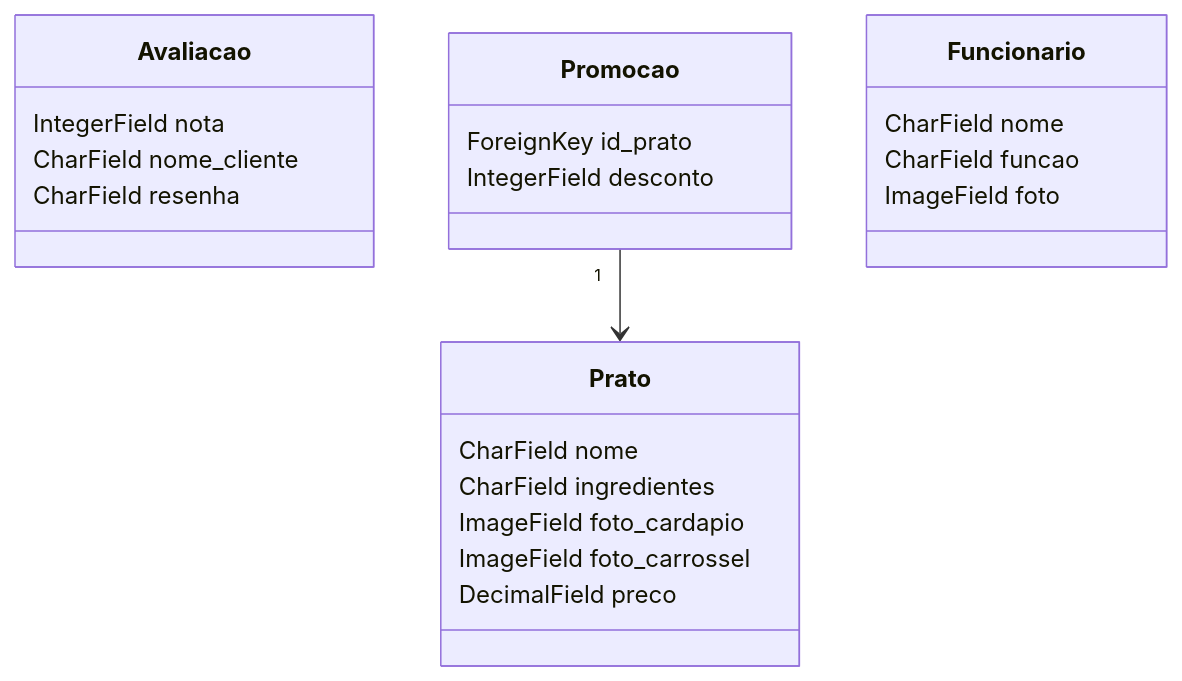
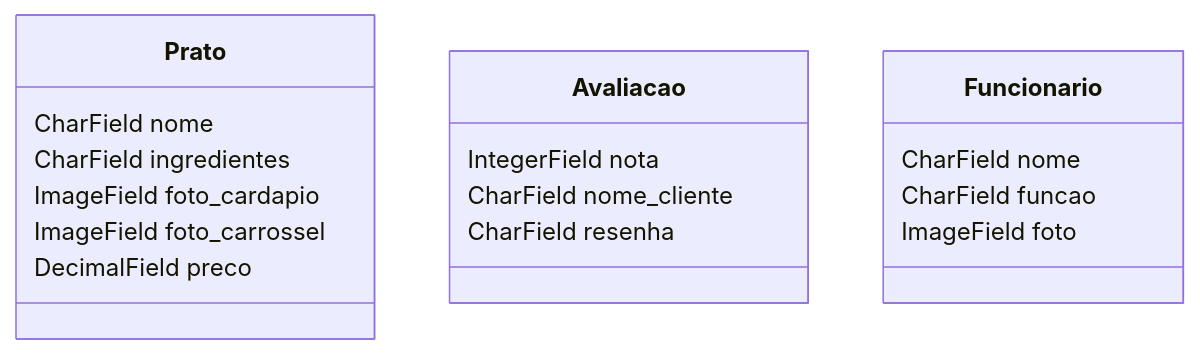
The diagram in diagramas/diagramas.mmd (fabriciomj/desafio-squad4-back), drawn with Mermaid before and after one commit.

Commit message:
Remove o diagrama de Promocao
A janela não foi implementada pelo UI/UX.

```diff
--- a/diagramas/diagramas.mmd
+++ b/diagramas/diagramas.mmd
@@ -1,23 +1,18 @@
 classDiagram
     class Prato{
       CharField nome
       CharField ingredientes
       ImageField foto_cardapio
       ImageField foto_carrossel
       DecimalField preco
     }
     class Avaliacao{
       IntegerField nota
       CharField nome_cliente
       CharField resenha
     }
-    class Promocao{
-      ForeignKey id_prato
-      IntegerField desconto
-    }
     class Funcionario{
         CharField nome
         CharField funcao
         ImageField foto
     }
-    Promocao "1" --> Prato
```
